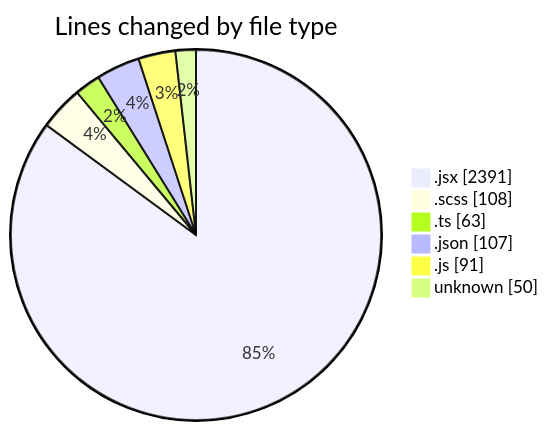
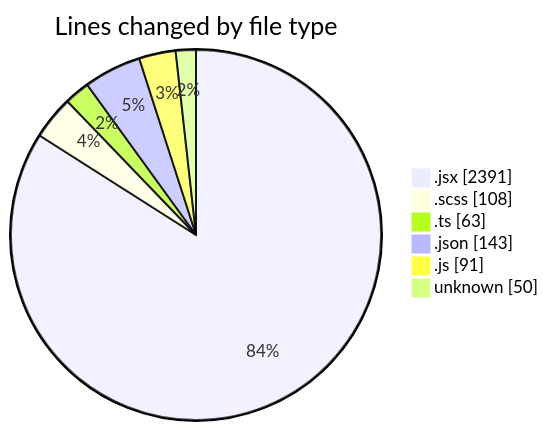
Before and after one commit to momahboobian/code-tracking: the first of 2 diagrams in 2026-09-01/cda/README.md, drawn with Mermaid. The commit also changed other lines of this file and 1 other file, not shown here.

````diff
--- a/2026-09-01/cda/README.md
+++ b/2026-09-01/cda/README.md
@@ -52,10 +52,10 @@
 ```mermaid
 pie showData
 title Lines changed by file type
 ".jsx" : 2391
 ".scss" : 108
 ".ts" : 63
-".json" : 107
+".json" : 143
 ".js" : 91
 "unknown" : 50
 ```
````
